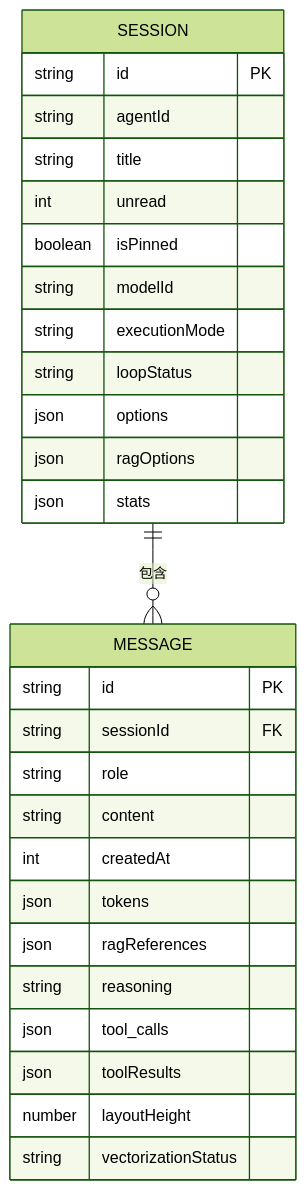
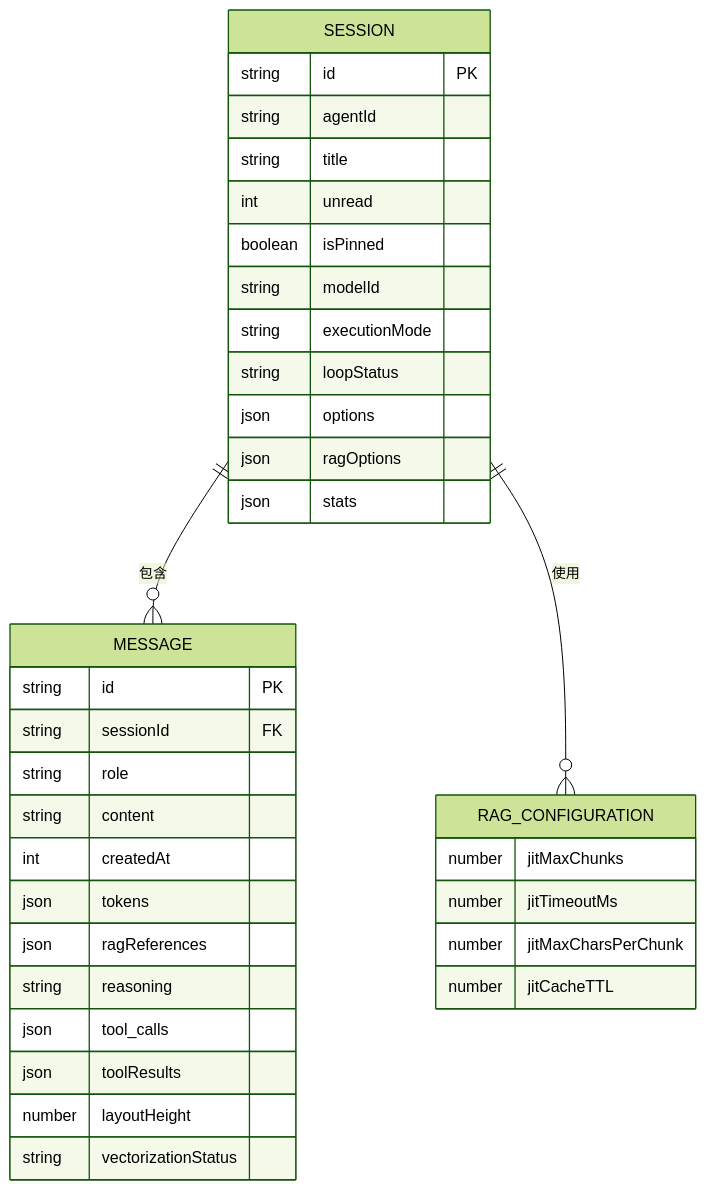
The eighth of 11 diagrams in .qoder/repowiki/zh/content/聊天系统详解/聊天系统详解.md (NarcisWL/Nexara), drawn with Mermaid (forest theme) before and after one commit. The commit also changed other lines of this file and 6 other files, not shown here.

````diff
--- a/.qoder/repowiki/zh/content/聊天系统详解/聊天系统详解.md
+++ b/.qoder/repowiki/zh/content/聊天系统详解/聊天系统详解.md
@@ -292,31 +330,38 @@
 ```mermaid
 erDiagram
 SESSION {
 string id PK
 string agentId
 string title
 int unread
 boolean isPinned
 string modelId
 string executionMode
 string loopStatus
 json options
 json ragOptions
 json stats
 }
 MESSAGE {
 string id PK
 string sessionId FK
 string role
 string content
 int createdAt
 json tokens
 json ragReferences
 string reasoning
 json tool_calls
 json toolResults
 number layoutHeight
 string vectorizationStatus
 }
+RAG_CONFIGURATION {
+number jitMaxChunks
+number jitTimeoutMs
+number jitMaxCharsPerChunk
+number jitCacheTTL
+}
 SESSION ||--o{ MESSAGE : "包含"
+SESSION ||--o{ RAG_CONFIGURATION : "使用"
 ```
````
